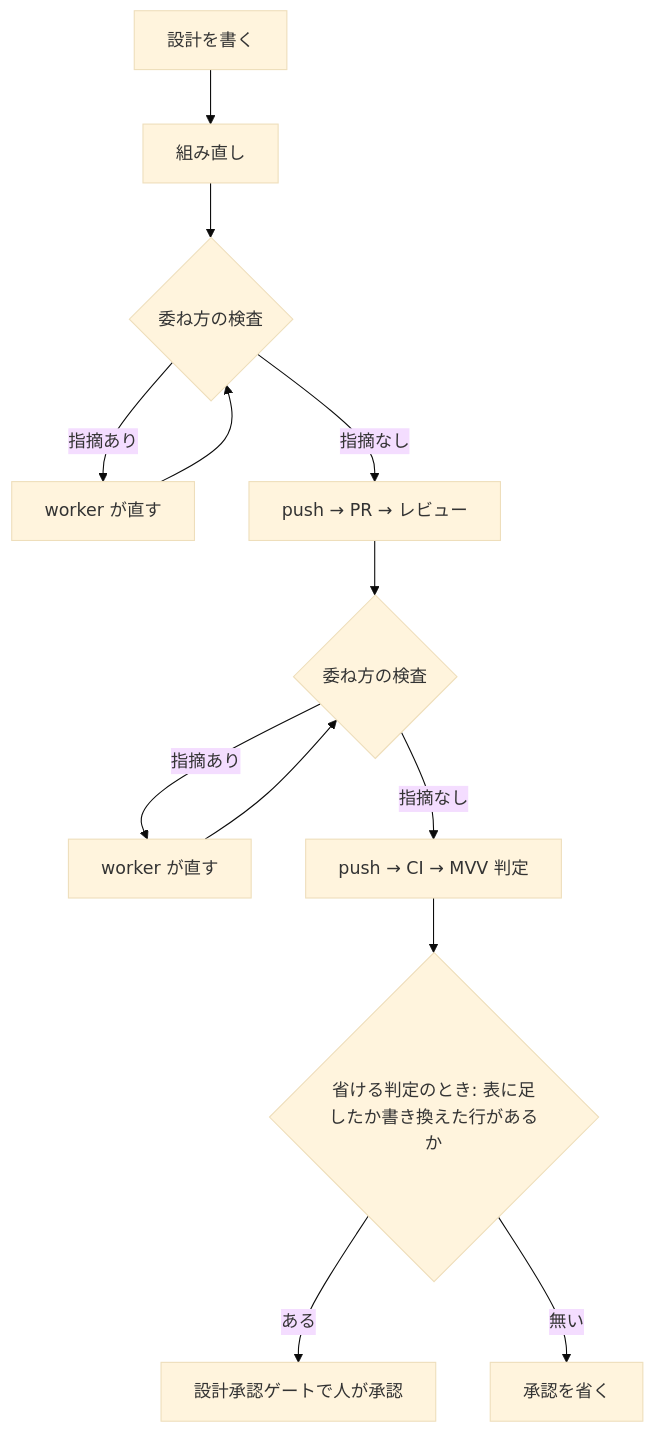
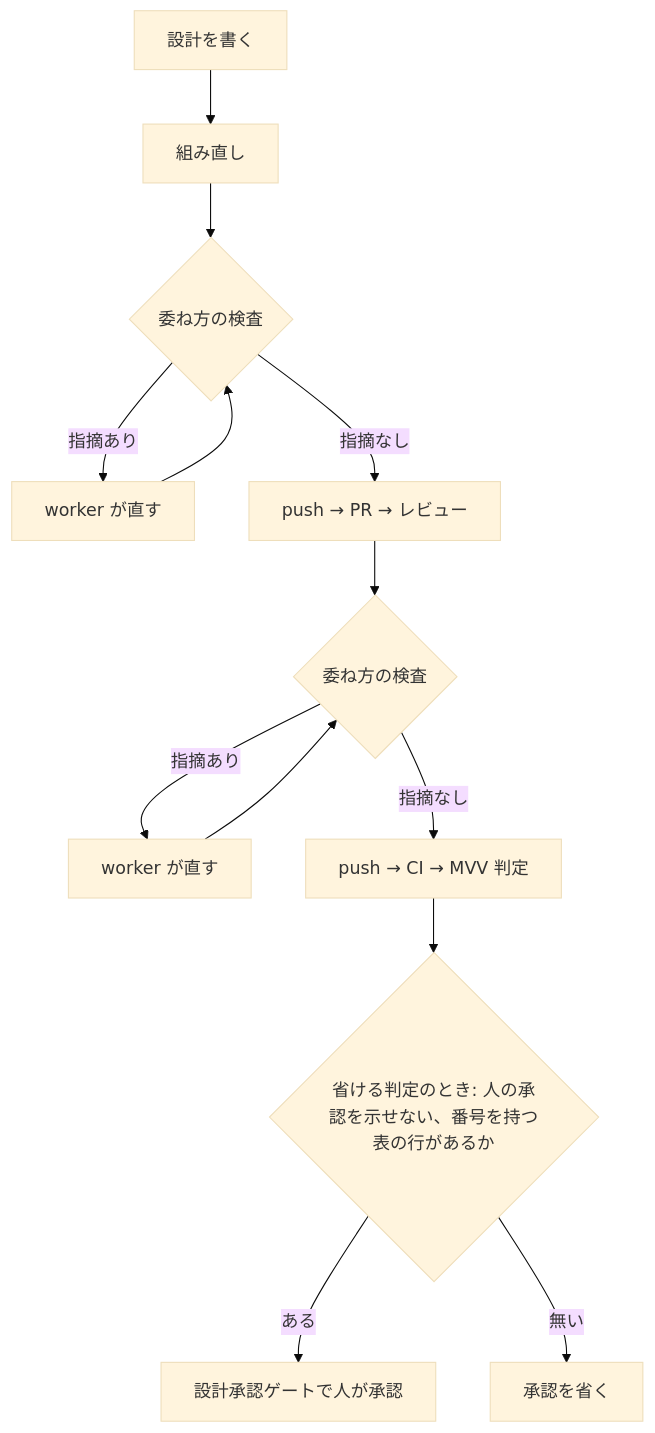
Before and after one commit to devbasex/ai-plugins: the second of 4 diagrams in issues/issue-2912-design.md, drawn with Mermaid (base theme). The commit also changed other lines of this file and 1 other file, not shown here.

````diff
--- a/issues/issue-2912-design.md
+++ b/issues/issue-2912-design.md
@@ -46,15 +46,15 @@
 ```mermaid
 graph TD
     A["設計を書く"] --> B["組み直し"]
     B --> C{"委ね方の検査"}
     C -->|"指摘あり"| W["worker が直す"]
     W --> C
     C -->|"指摘なし"| D["push → PR → レビュー"]
     D --> E{"委ね方の検査"}
     E -->|"指摘あり"| W2["worker が直す"]
     W2 --> E
     E -->|"指摘なし"| G["push → CI → MVV 判定"]
-    G --> H{"省ける判定のとき: 表に足したか書き換えた行があるか"}
+    G --> H{"省ける判定のとき: 人の承認を示せない、番号を持つ表の行があるか"}
     H -->|"ある"| I["設計承認ゲートで人が承認"]
     H -->|"無い"| J["承認を省く"]
 ```
````
